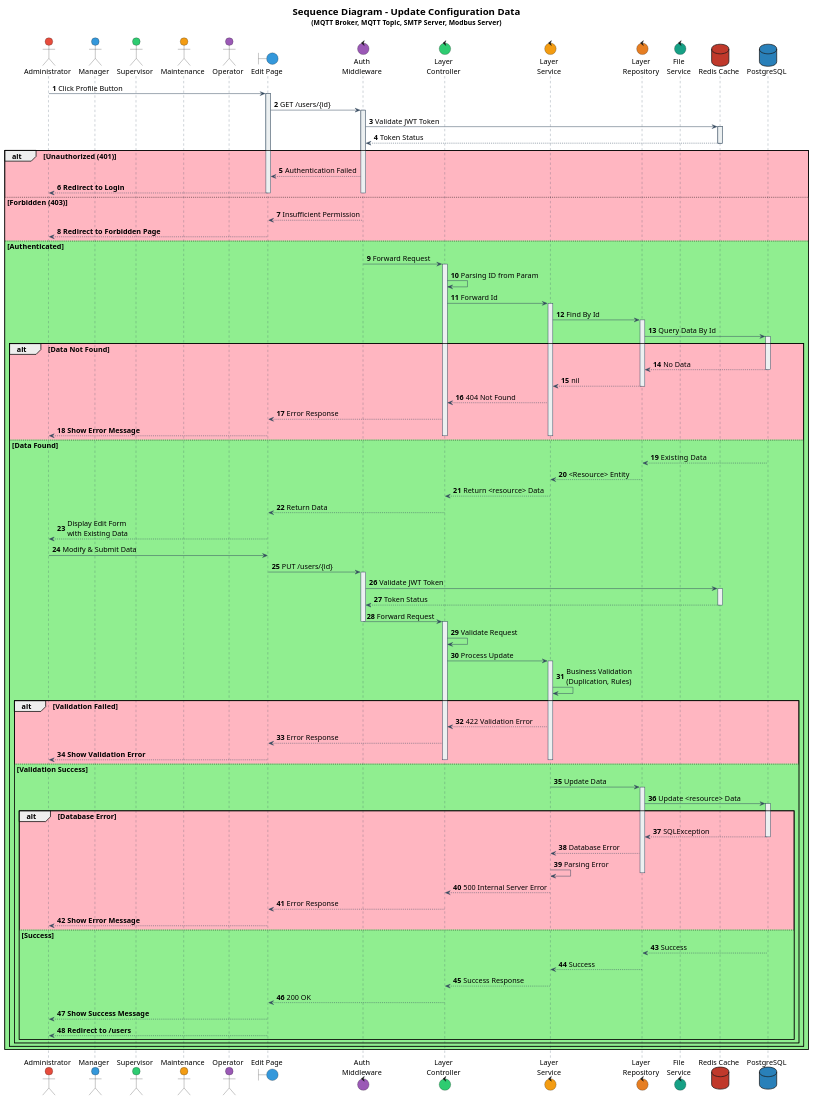
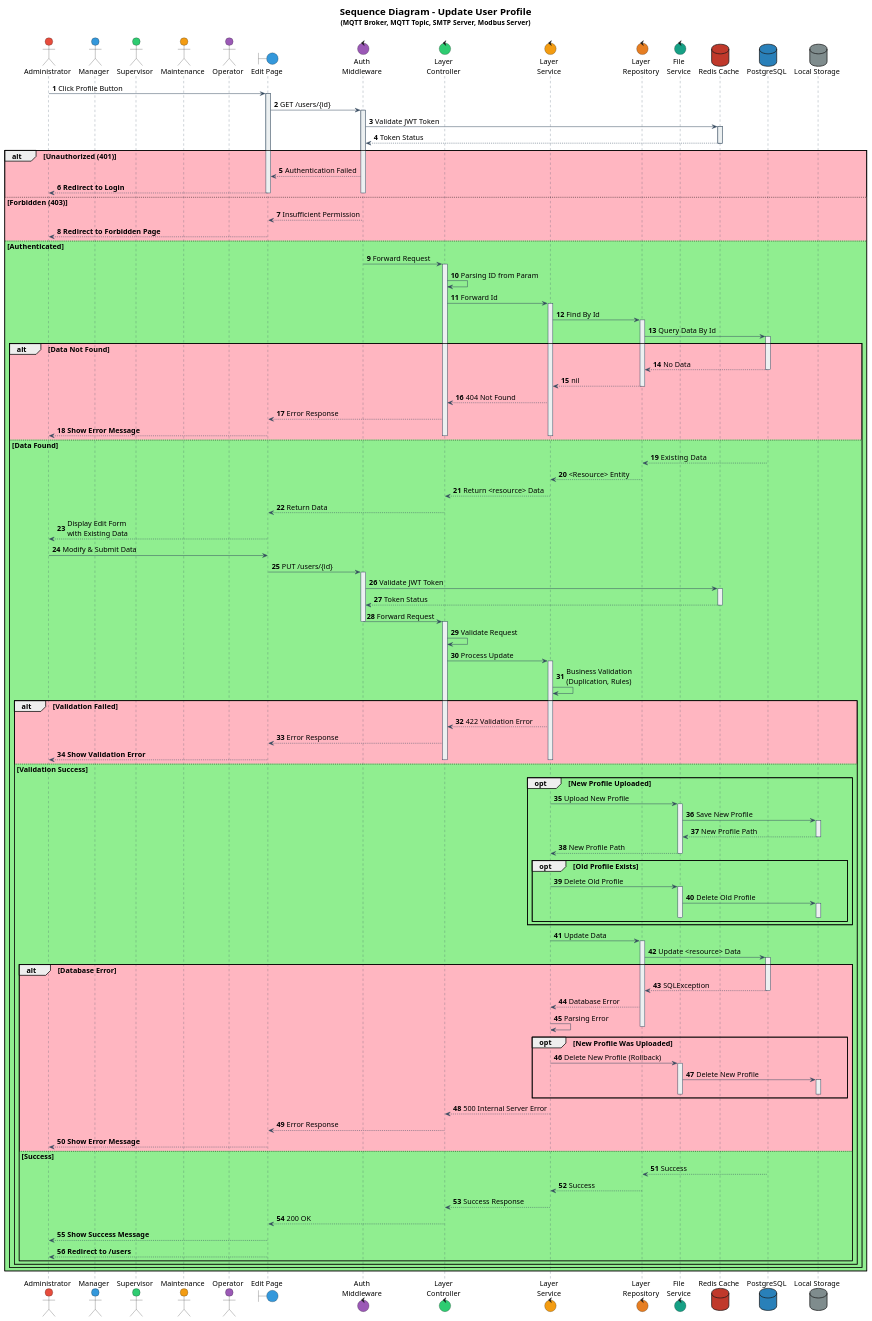
The diagram in documentation/sequence/management-user/user-profile/edit.puml (IntConnect/go-intconnect-api), drawn with PlantUML before and after one commit. The commit also changed 26 other files, not shown here.

Commit message:
feat(various): Update - Delete SMTP Server feature - Add approval sequence - Add parameter in check sheet check point response - Change from checkpoint into check point entity

```diff
--- a/documentation/sequence/management-user/user-profile/edit.puml
+++ b/documentation/sequence/management-user/user-profile/edit.puml
@@ -39,9 +39,10 @@
 control "File\nService" as fileService #16A085
 database "Redis Cache" as dbRedis #C0392B
 database "PostgreSQL" as dbPsql #2980B9
+database "Local Storage" as localStorage #7F8C8D
 
 title
-<size:20><b>Sequence Diagram - Update Configuration Data</b></size>
+<size:20><b>Sequence Diagram - Update User Profile</b></size>
 <size:14>(MQTT Broker, MQTT Topic, SMTP Server, Modbus Server)</size>
 ----
 end title
@@ -147,6 +148,28 @@
 
         else #LightGreen Validation Success
 
+  opt New Profile Uploaded
+                service -> fileService: Upload New Profile
+                activate fileService
+
+                fileService -> localStorage: Save New Profile
+                activate localStorage
+                localStorage --> fileService: New Profile Path
+                deactivate localStorage
+
+                fileService --> service: New Profile Path
+                deactivate fileService
+
+                ' Delete old file if exists
+                opt Old Profile Exists
+                    service -> fileService: Delete Old Profile
+                    activate fileService
+                    fileService -> localStorage: Delete Old Profile
+                    activate localStorage
+                    deactivate localStorage
+                    deactivate fileService
+                end
+            end
 
 
             ' === UPDATE DATABASE ===
@@ -163,6 +186,15 @@
                 repository --> service: Database Error
                 service -> service: Parsing Error
                 deactivate repository
+                  ' Rollback: Delete new file & restore old
+                opt New Profile Was Uploaded
+                    service -> fileService: Delete New Profile (Rollback)
+                    activate fileService
+                    fileService -> localStorage: Delete New Profile
+                    activate localStorage
+                    deactivate localStorage
+                    deactivate fileService
+                end
 
 
 
```
